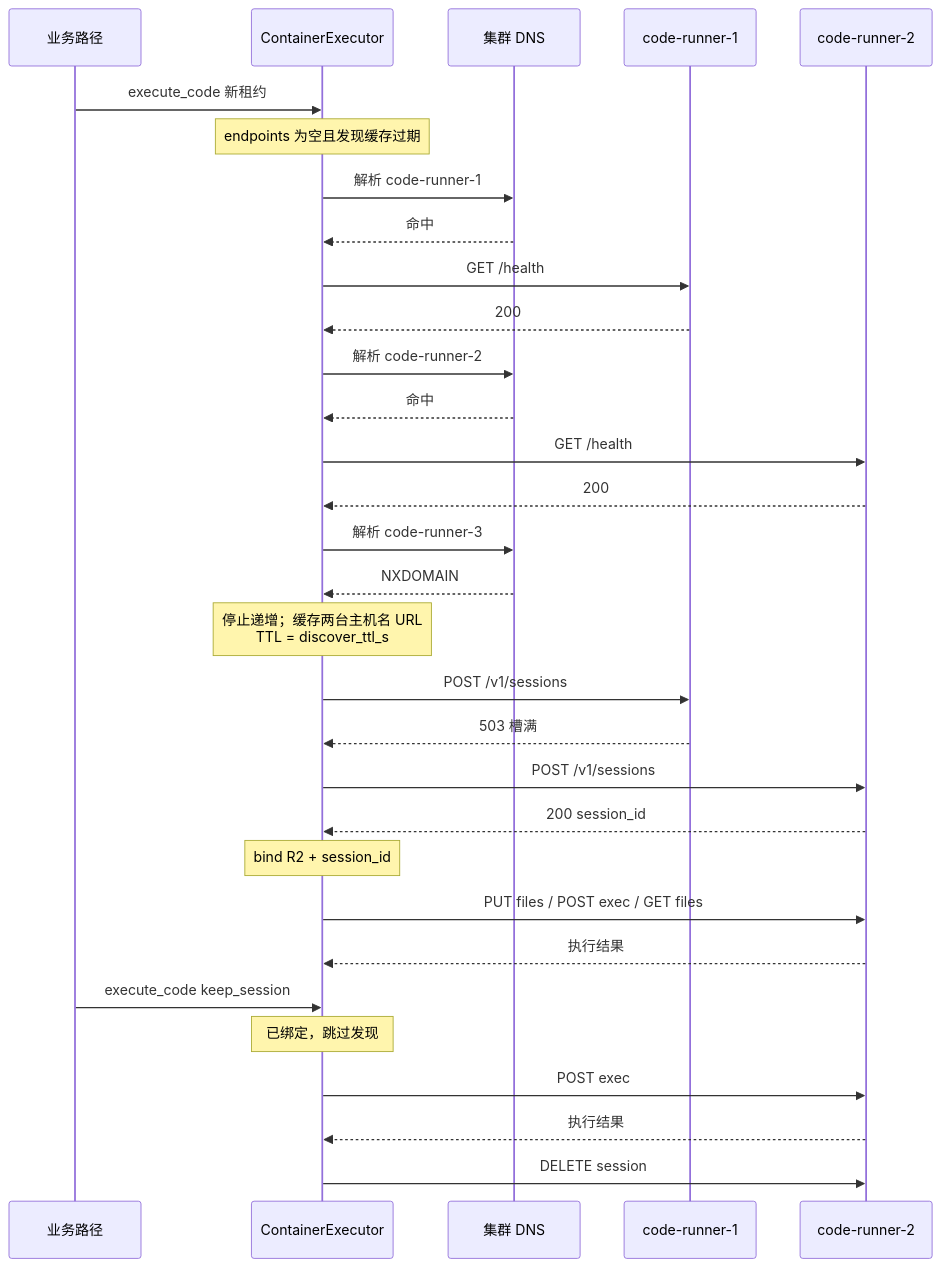
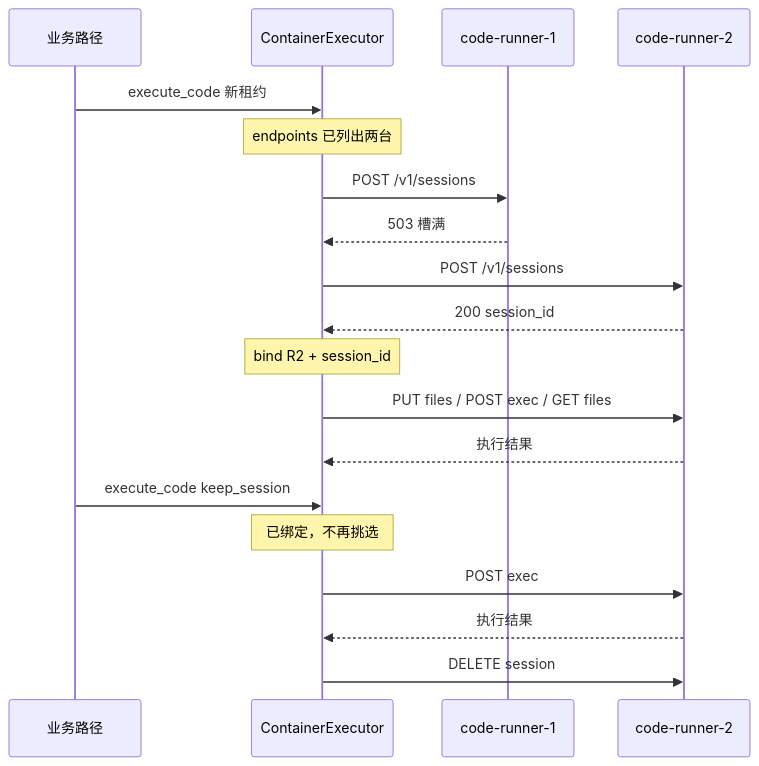
The eighth of 15 diagrams in features/v3.0.0-beta1/068-code-execution-sandbox/design.md (dataelement/bisheng), drawn with Mermaid before and after one commit. The commit also changed other lines of this file and 53 other files, not shown here.

````diff
--- a/features/v3.0.0-beta1/068-code-execution-sandbox/design.md
+++ b/features/v3.0.0-beta1/068-code-execution-sandbox/design.md
@@ -592,35 +587,23 @@
 ```mermaid
 sequenceDiagram
     participant Path as 业务路径
     participant W as ContainerExecutor
-    participant DNS as 集群 DNS
     participant R1 as code-runner-1
     participant R2 as code-runner-2
 
     Path->>W: execute_code 新租约
-    Note over W: endpoints 为空且发现缓存过期
-    W->>DNS: 解析 code-runner-1
-    DNS-->>W: 命中
-    W->>R1: GET /health
-    R1-->>W: 200
-    W->>DNS: 解析 code-runner-2
-    DNS-->>W: 命中
-    W->>R2: GET /health
-    R2-->>W: 200
-    W->>DNS: 解析 code-runner-3
-    DNS-->>W: NXDOMAIN
-    Note over W: 停止递增；缓存两台主机名 URL<br/>TTL = discover_ttl_s
+    Note over W: endpoints 已列出两台
     W->>R1: POST /v1/sessions
     R1-->>W: 503 槽满
     W->>R2: POST /v1/sessions
     R2-->>W: 200 session_id
     Note over W: bind R2 + session_id
 
     W->>R2: PUT files / POST exec / GET files
     R2-->>W: 执行结果
     Path->>W: execute_code keep_session
-    Note over W: 已绑定，跳过发现
+    Note over W: 已绑定，不再挑选
     W->>R2: POST exec
     R2-->>W: 执行结果
     W->>R2: DELETE session
 ```
````
